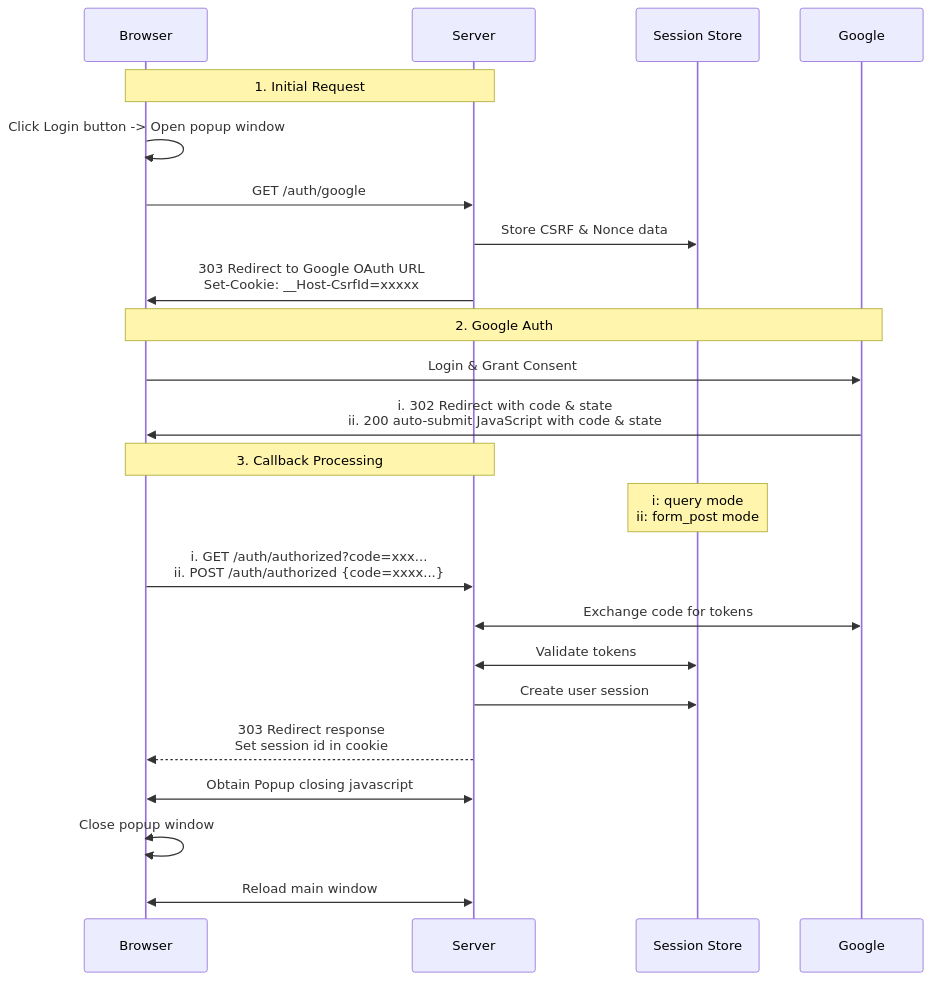
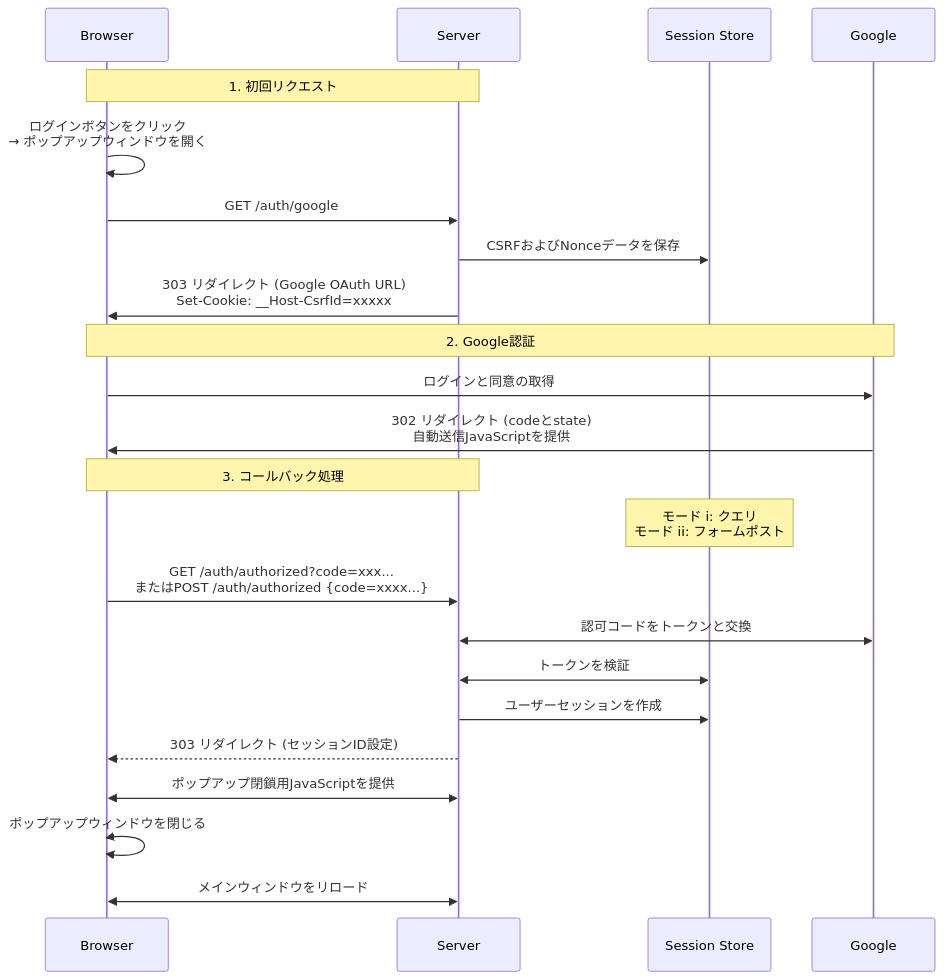
The second of 4 diagrams in 2024/Axum-Google-OAuth2-Login/Readme.jp.md (ktaka-ccmp/ktaka.blog.ccmp.jp), drawn with Mermaid before and after one commit. The commit also changed other lines of this file, not shown here.

````diff
--- a/2024/Axum-Google-OAuth2-Login/Readme.jp.md
+++ b/2024/Axum-Google-OAuth2-Login/Readme.jp.md
@@ -103,28 +107,28 @@
 ```mermaid
 sequenceDiagram
     participant Browser
     participant Server
     participant Session Store
     participant Google
 
-    Note over Browser,Server: 1. Initial Request
-    Browser->>Browser: Click Login button -> Open popup window
+    Note over Browser,Server: 1. 初回リクエスト
+    Browser->>Browser: ログインボタンをクリック<br>→ ポップアップウィンドウを開く
     Browser->>Server: GET /auth/google
-    Server->>Session Store: Store CSRF & Nonce data
-    Server->>Browser: 303 Redirect to Google OAuth URL<br/>Set-Cookie: __Host-CsrfId=xxxxx
+    Server->>Session Store: CSRFおよびNonceデータを保存
+    Server->>Browser: 303 リダイレクト (Google OAuth URL)<br>Set-Cookie: __Host-CsrfId=xxxxx
 
-    Note over Browser,Google: 2. Google Auth
-    Browser->>Google: Login & Grant Consent
-    Google->>Browser: i. 302 Redirect with code & state <br/> ii. 200 auto-submit JavaScript with code & state
+    Note over Browser,Google: 2. Google認証
+    Browser->>Google: ログインと同意の取得
+    Google->>Browser: 302 リダイレクト (codeとstate)<br>自動送信JavaScriptを提供
 
-    Note over Browser,Server: 3. Callback Processing
-    Note over Session Store: i: query mode<br/>ii: form_post mode
-    Browser->>Server: i. GET /auth/authorized?code=xxx...<br/>ii. POST /auth/authorized {code=xxxx...}
-    Server<<->>Google: Exchange code for tokens
-    Server<<->>Session Store: Validate tokens
-    Server->>Session Store: Create user session
-    Server-->>Browser: 303 Redirect response<br/>Set session id in cookie
-    Server<<->>Browser: Obtain Popup closing javascript
-    Browser<<->>Browser: Close popup window
-    Server<<->>Browser: Reload main window
+    Note over Browser,Server: 3. コールバック処理
+    Note over Session Store: モード i: クエリ<br>モード ii: フォームポスト
+    Browser->>Server: GET /auth/authorized?code=xxx...<br>またはPOST /auth/authorized {code=xxxx...}
+    Server<<->>Google: 認可コードをトークンと交換
+    Server<<->>Session Store: トークンを検証
+    Server->>Session Store: ユーザーセッションを作成
+    Server-->>Browser: 303 リダイレクト (セッションID設定)
+    Server<<->>Browser: ポップアップ閉鎖用JavaScriptを提供
+    Browser<<->>Browser: ポップアップウィンドウを閉じる
+    Server<<->>Browser: メインウィンドウをリロード
 ```
````
